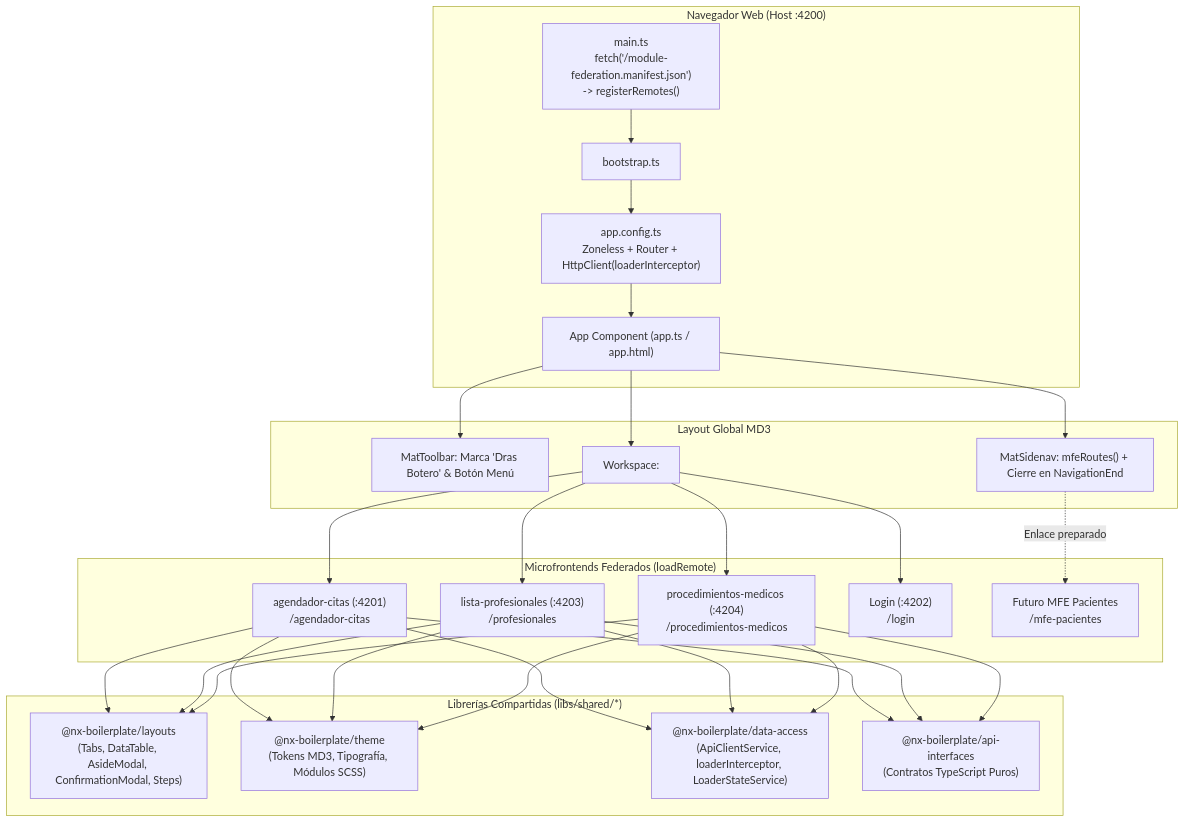
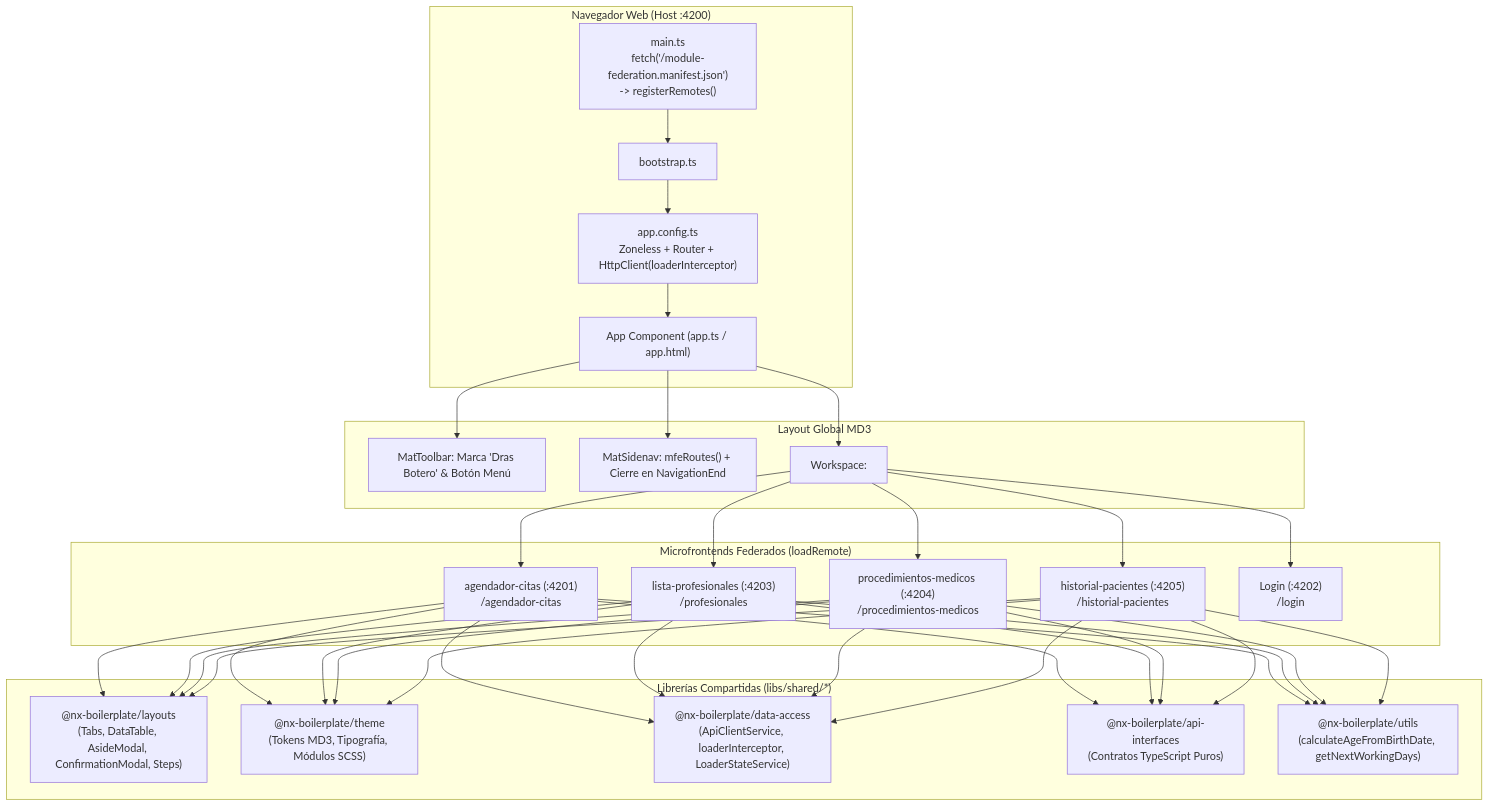
One commit to ctg-angular-lab/nx-boilerplate changed the diagram in docs/documentacion-front/app-shell.md. Above: the diagram before and after it, drawn with Mermaid. The commit also changed other lines of this file and 2 other files, not shown here.

Commit message:
docs(frontend): add historial-pacientes documentation and update app-shell nexus

````diff
--- a/docs/documentacion-front/app-shell.md
+++ b/docs/documentacion-front/app-shell.md
@@ -44,34 +44,34 @@
 ```mermaid
 graph TD
     subgraph Browser ["Navegador Web (Host :4200)"]
         Main["main.ts\nfetch('/module-federation.manifest.json')\n-> registerRemotes()"] --> Bootstrap["bootstrap.ts"]
         Bootstrap --> Config["app.config.ts\nZoneless + Router + HttpClient(loaderInterceptor)"]
         Config --> ShellApp["App Component (app.ts / app.html)"]
     end
 
     subgraph ShellLayout ["Layout Global MD3"]
         ShellApp --> Topbar["MatToolbar: Marca 'Dras Botero' & Botón Menú"]
         ShellApp --> Sidenav["MatSidenav: mfeRoutes() + Cierre en NavigationEnd"]
         ShellApp --> Workspace["Workspace: <router-outlet>"]
     end
 
     subgraph Remotes ["Microfrontends Federados (loadRemote)"]
         R_AG["agendador-citas (:4201)\n/agendador-citas"]
         R_LP["lista-profesionales (:4203)\n/profesionales"]
         R_PM["procedimientos-medicos (:4204)\n/procedimientos-medicos"]
+        R_HP["historial-pacientes (:4205)\n/historial-pacientes"]
         R_LG["Login (:4202)\n/login"]
-        R_HP["Futuro MFE Pacientes\n/mfe-pacientes"]
     end
 
-    Workspace --> R_AG & R_LP & R_PM & R_LG
-    Sidenav -.->|Enlace preparado| R_HP
+    Workspace --> R_AG & R_LP & R_PM & R_HP & R_LG
 
     subgraph SharedLibs ["Librerías Compartidas (libs/shared/*)"]
         L_LAY["@nx-boilerplate/layouts\n(Tabs, DataTable, AsideModal, ConfirmationModal, Steps)"]
         L_THM["@nx-boilerplate/theme\n(Tokens MD3, Tipografía, Módulos SCSS)"]
         L_DA["@nx-boilerplate/data-access\n(ApiClientService, loaderInterceptor, LoaderStateService)"]
         L_INT["@nx-boilerplate/api-interfaces\n(Contratos TypeScript Puros)"]
+        L_UTL["@nx-boilerplate/utils\n(calculateAgeFromBirthDate, getNextWorkingDays)"]
     end
 
-    R_AG & R_LP & R_PM --> L_LAY & L_THM & L_DA & L_INT
+    R_AG & R_LP & R_PM & R_HP --> L_LAY & L_THM & L_DA & L_INT & L_UTL
 ```
````
